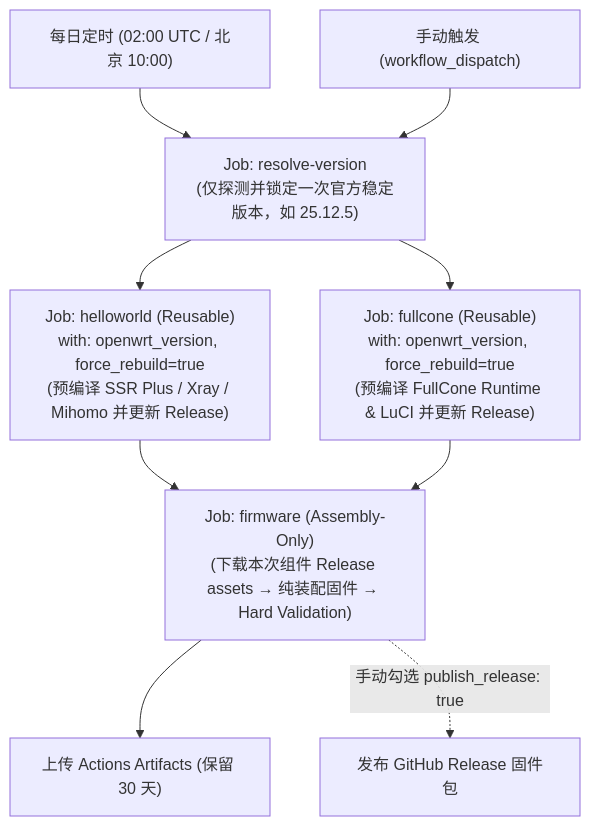
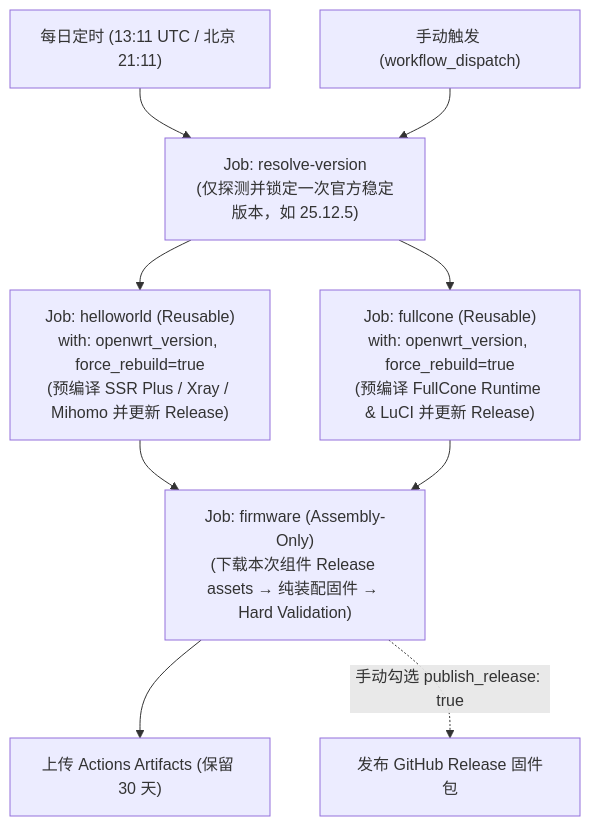
Before and after one commit to EluneAdore/openwrt-imagebuilder-ci: the diagram in README.md, drawn with Mermaid. The commit also changed other lines of this file and 2 other files, not shown here.

Commit message:
docs: 更新每日自动构建时间至北京时间晚上 21:11 (UTC 13:11)

````diff
--- a/README.md
+++ b/README.md
@@ -40,14 +40,14 @@
 ```mermaid
 flowchart TD
-    schedule["每日定时 (02:00 UTC / 北京 10:00)"] --> resolve["Job: resolve-version<br/>(仅探测并锁定一次官方稳定版本，如 25.12.5)"]
+    schedule["每日定时 (13:11 UTC / 北京 21:11)"] --> resolve["Job: resolve-version<br/>(仅探测并锁定一次官方稳定版本，如 25.12.5)"]
     dispatch["手动触发 (workflow_dispatch)"] --> resolve
 
     resolve --> helloworld["Job: helloworld (Reusable)<br/>with: openwrt_version, force_rebuild=true<br/>(预编译 SSR Plus / Xray / Mihomo 并更新 Release)"]
     resolve --> fullcone["Job: fullcone (Reusable)<br/>with: openwrt_version, force_rebuild=true<br/>(预编译 FullCone Runtime & LuCI 并更新 Release)"]
 
     helloworld --> firmware["Job: firmware (Assembly-Only)<br/>(下载本次组件 Release assets → 纯装配固件 → Hard Validation)"]
     fullcone --> firmware
 
     firmware --> artifacts["上传 Actions Artifacts (保留 30 天)"]
     firmware -.->|"手动勾选 publish_release: true"| release["发布 GitHub Release 固件包"]
 ```
````
